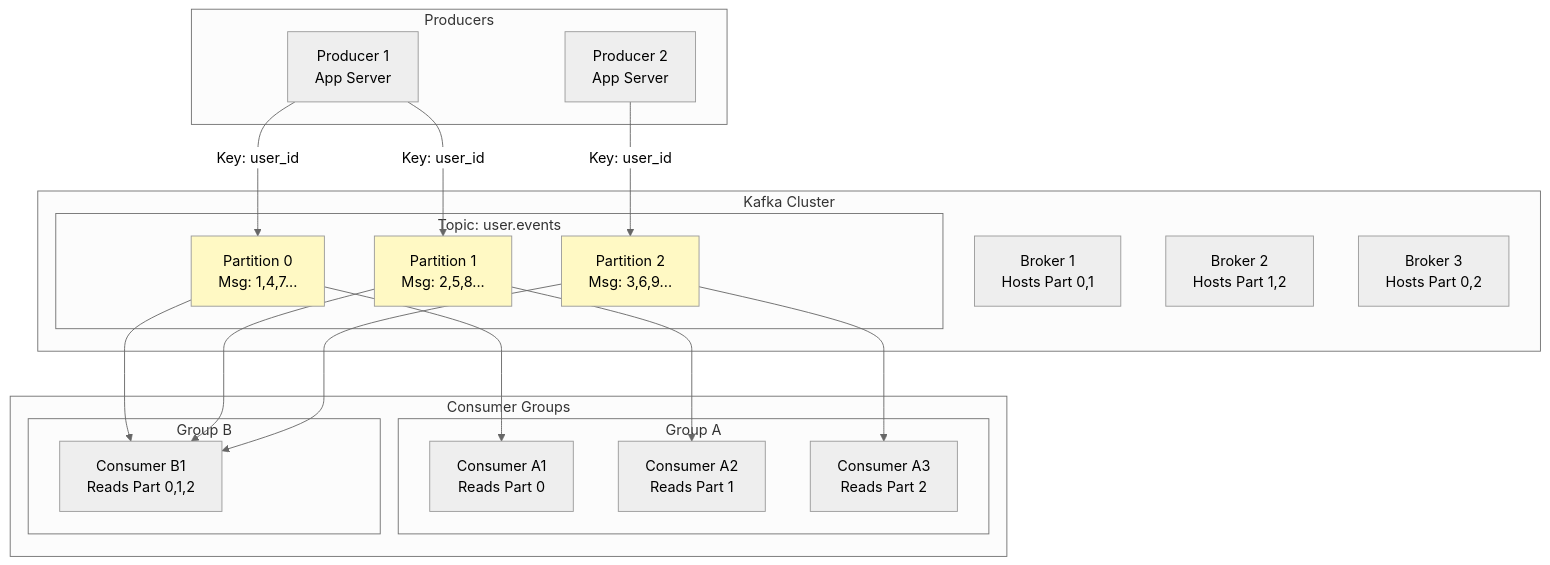
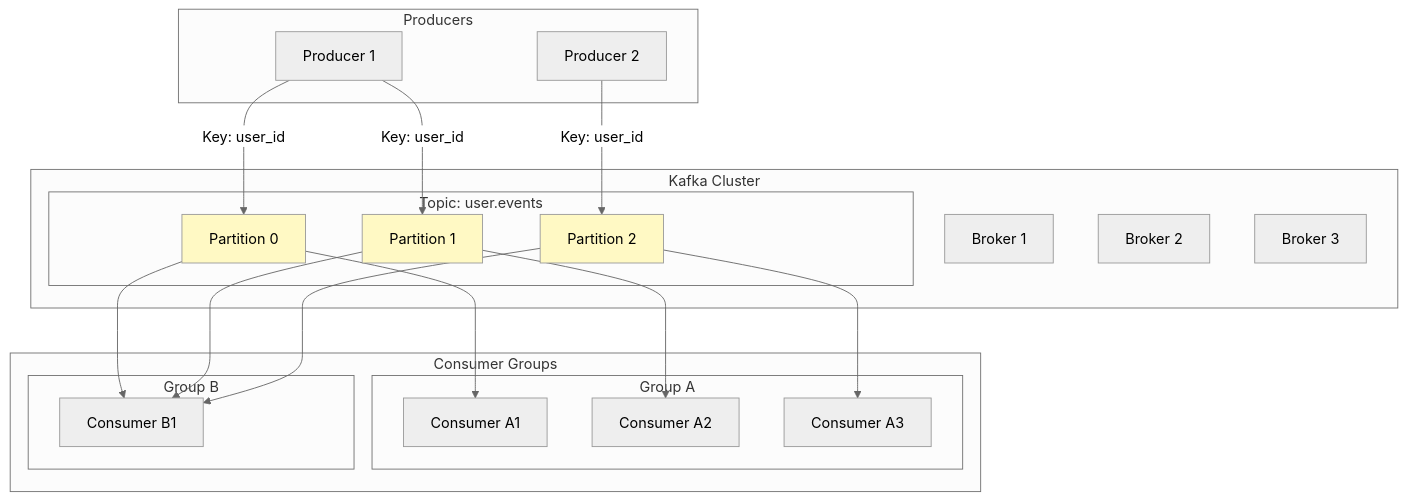
The eighth of 11 diagrams in HLD/foundation/04_message-queues.md (p1kmr/for-reading), drawn with Mermaid (neutral theme) before and after one commit. The commit also changed other lines of this file and 2 other files, not shown here.

Commit message:
Fix Mermaid rendering issues in Databases and Message Queues guides by simplifying complex diagrams

````diff
--- a/HLD/foundation/04_message-queues.md
+++ b/HLD/foundation/04_message-queues.md
@@ -281,47 +267,47 @@
 ```mermaid
 graph TB
-    subgraph "Producers"
-        P1[Producer 1<br/>App Server]
-        P2[Producer 2<br/>App Server]
+    subgraph Producers
+        P1[Producer 1]
+        P2[Producer 2]
     end
 
-    subgraph "Kafka Cluster"
-        subgraph "Topic: user.events"
-            Part0[Partition 0<br/>Msg: 1,4,7...]
-            Part1[Partition 1<br/>Msg: 2,5,8...]
-            Part2[Partition 2<br/>Msg: 3,6,9...]
+    subgraph Kafka_Cluster[Kafka Cluster]
+        subgraph Topic_User[Topic: user.events]
+            Part0[Partition 0]
+            Part1[Partition 1]
+            Part2[Partition 2]
         end
 
-        Broker1[Broker 1<br/>Hosts Part 0,1]
-        Broker2[Broker 2<br/>Hosts Part 1,2]
-        Broker3[Broker 3<br/>Hosts Part 0,2]
+        Broker1[Broker 1]
+        Broker2[Broker 2]
+        Broker3[Broker 3]
     end
 
-    subgraph "Consumer Groups"
-        subgraph "Group A"
-            CA1[Consumer A1<br/>Reads Part 0]
-            CA2[Consumer A2<br/>Reads Part 1]
-            CA3[Consumer A3<br/>Reads Part 2]
+    subgraph Consumer_Groups[Consumer Groups]
+        subgraph Group_A[Group A]
+            CA1[Consumer A1]
+            CA2[Consumer A2]
+            CA3[Consumer A3]
         end
 
-        subgraph "Group B"
-            CB1[Consumer B1<br/>Reads Part 0,1,2]
+        subgraph Group_B[Group B]
+            CB1[Consumer B1]
         end
     end
 
     P1 -->|Key: user_id| Part0
     P1 -->|Key: user_id| Part1
     P2 -->|Key: user_id| Part2
 
     Part0 --> CA1
     Part1 --> CA2
     Part2 --> CA3
 
     Part0 --> CB1
     Part1 --> CB1
     Part2 --> CB1
 
     style Part0 fill:#fff9c4
     style Part1 fill:#fff9c4
     style Part2 fill:#fff9c4
 ```
````
